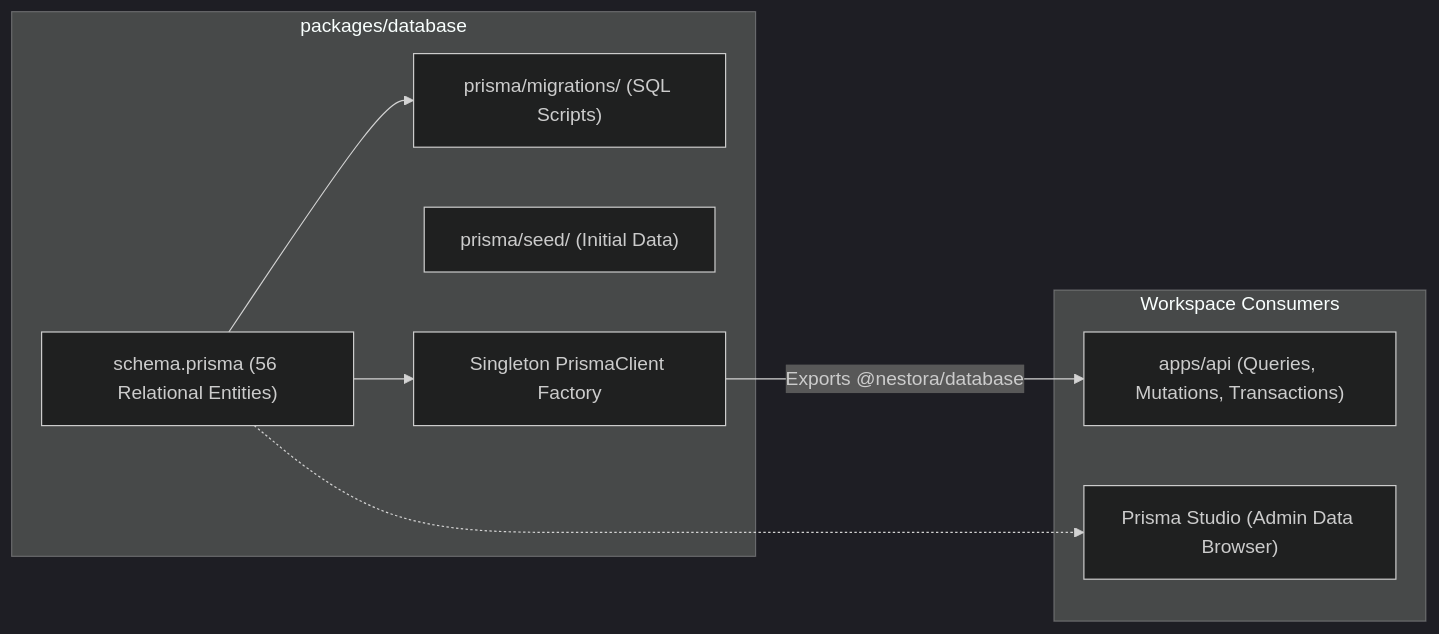
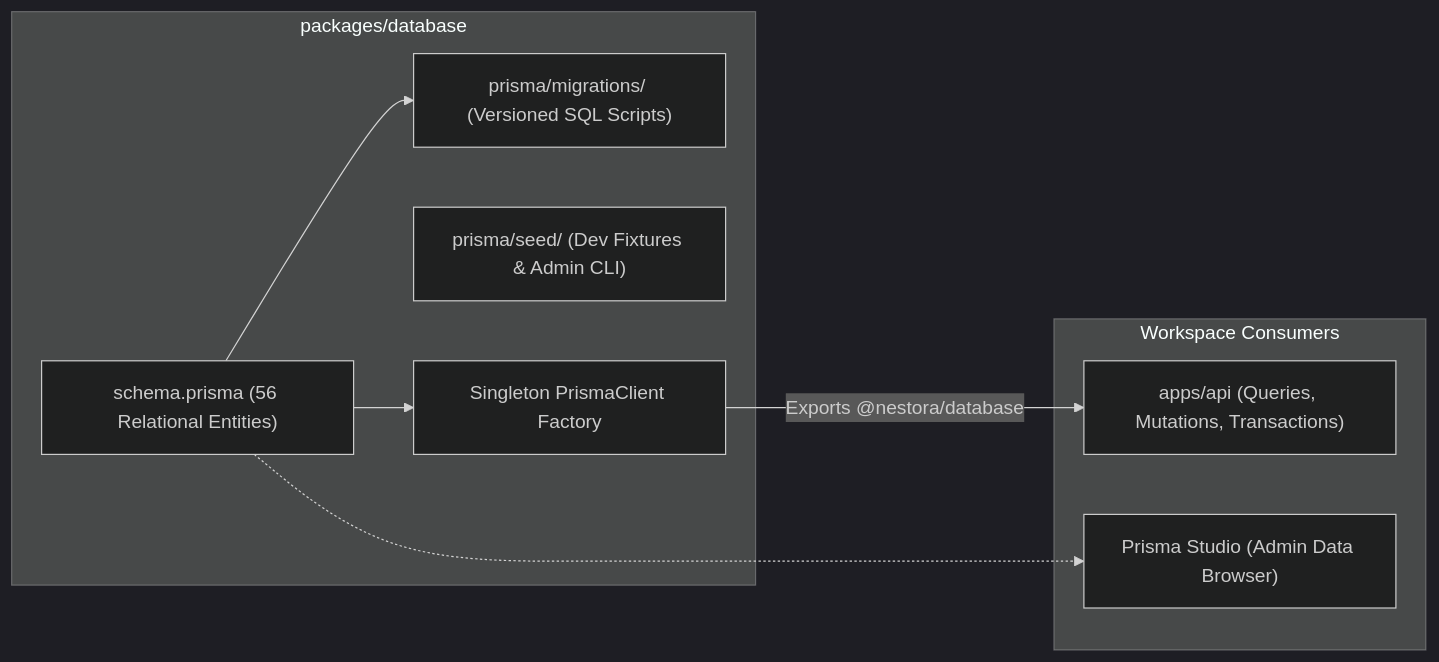
The third of 4 diagrams in docs/09-monorepo-architecture.md (Sayam09das/Nestora), drawn with Mermaid (dark theme) before and after one commit. The commit also changed other lines of this file and 6 other files, not shown here.

Commit message:
docs: finalize monorepo architecture and synchronize documentation suite

````diff
--- a/docs/09-monorepo-architecture.md
+++ b/docs/09-monorepo-architecture.md
@@ -357,20 +397,20 @@
 ```mermaid
 flowchart LR
   subgraph DataPackage["packages/database"]
     PrismaSchema["schema.prisma (56 Relational Entities)"]
-    Migrations["prisma/migrations/ (SQL Scripts)"]
-    SeedScripts["prisma/seed/ (Initial Data)"]
+    Migrations["prisma/migrations/ (Versioned SQL Scripts)"]
+    SeedScripts["prisma/seed/ (Dev Fixtures & Admin CLI)"]
     PrismaClientInst["Singleton PrismaClient Factory"]
     
     PrismaSchema --> Migrations
     PrismaSchema --> PrismaClientInst
   end
 
   subgraph Consumers["Workspace Consumers"]
     BackendAPI["apps/api (Queries, Mutations, Transactions)"]
     PrismaStudio["Prisma Studio (Admin Data Browser)"]
   end
 
   PrismaClientInst -->|"Exports @nestora/database"| BackendAPI
   PrismaSchema -.-> PrismaStudio
 ```
````
